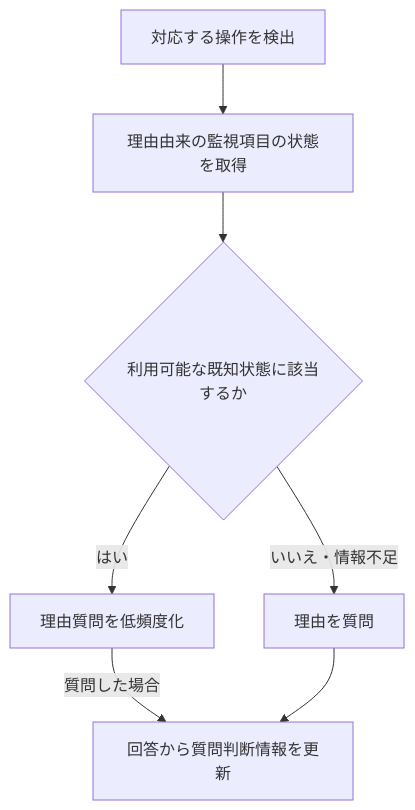
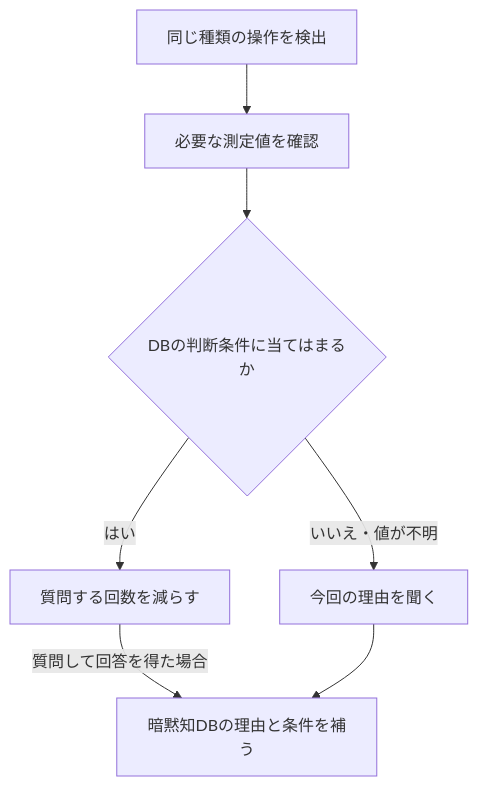
The second of 2 diagrams in research/patents/BRAINSTORM_CONTROL_RATIONALE.md (hk2b2frphz-rgb/sha), drawn with Mermaid before and after one commit. The commit also changed other lines of this file and 3 other files, not shown here.

````diff
--- a/research/patents/BRAINSTORM_CONTROL_RATIONALE.md
+++ b/research/patents/BRAINSTORM_CONTROL_RATIONALE.md
@@ -59,9 +69,9 @@
 ```mermaid
 flowchart TD
-    A[対応する操作を検出] --> B[理由由来の監視項目の状態を取得]
-    B --> C{利用可能な既知状態に該当するか}
-    C -->|はい| D[理由質問を低頻度化]
-    C -->|いいえ・情報不足| E[理由を質問]
-    D -->|質問した場合| F[回答から質問判断情報を更新]
+    A[同じ種類の操作を検出] --> B[必要な測定値を確認]
+    B --> C{DBの判断条件に当てはまるか}
+    C -->|はい| D[質問する回数を減らす]
+    C -->|いいえ・値が不明| E[今回の理由を聞く]
+    D -->|質問して回答を得た場合| F[暗黙知DBの理由と条件を補う]
     E --> F
 ```
````
